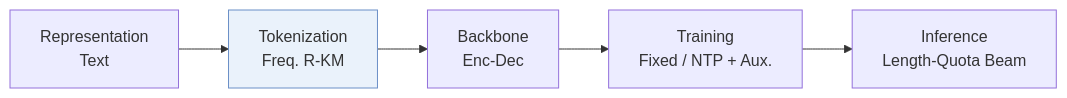
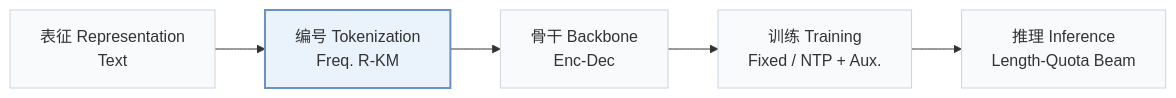
One commit to Galaxy-ghost/Awesome-SID-Generative-Rec changed the first of 2 diagrams in pages/zh/papers/jevrec.md. Above: the diagram before and after it, drawn with Mermaid. The commit also changed other lines of this file and 649 other files, not shown here.

Commit message:
writer-05: also tags and modality index (schema, check, build, visuals); summary field removed; calibration data for 12 papers

````diff
--- a/pages/zh/papers/jevrec.md
+++ b/pages/zh/papers/jevrec.md
@@ -13,6 +15,8 @@
 ```mermaid
 flowchart LR
-    R["Representation<br/>Text"] --> T["Tokenization<br/>Freq. R-KM"] --> B["Backbone<br/>Enc-Dec"] --> TR["Training<br/>Fixed / NTP + Aux."] --> I["Inference<br/>Length-Quota Beam"]
-    classDef main fill:#eaf2fb,stroke:#6b8fc7
+    R["表征 Representation<br/>Text"] --> T["编号 Tokenization<br/>Freq. R-KM"] --> B["骨干 Backbone<br/>Enc-Dec"] --> TR["训练 Training<br/>Fixed / NTP + Aux."] --> I["推理 Inference<br/>Length-Quota Beam"]
+    classDef base fill:#f8fafc,stroke:#cbd5e1
+    class R,T,B,TR,I base
+    classDef main fill:#eaf2fb,stroke:#6b8fc7,stroke-width:2px
     class T main
 ```
````
